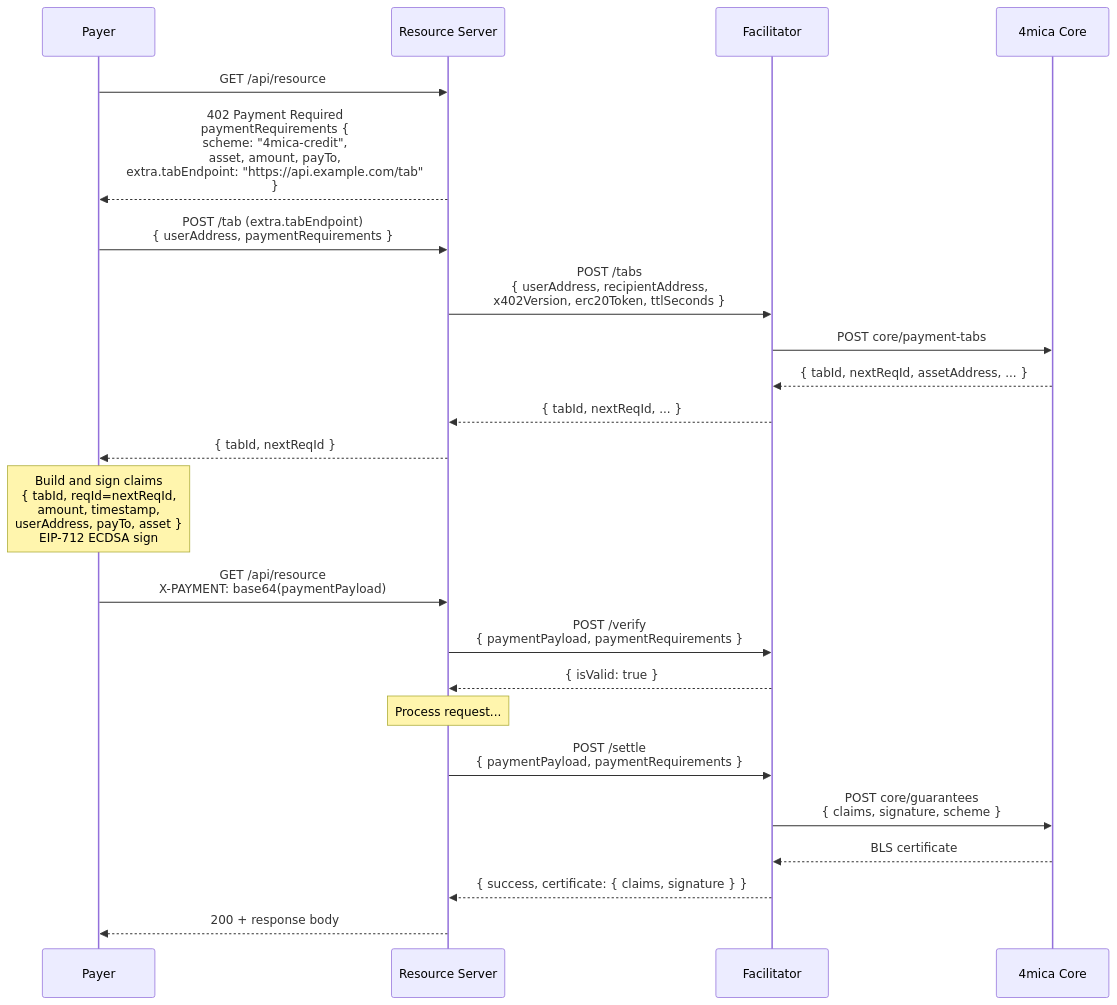
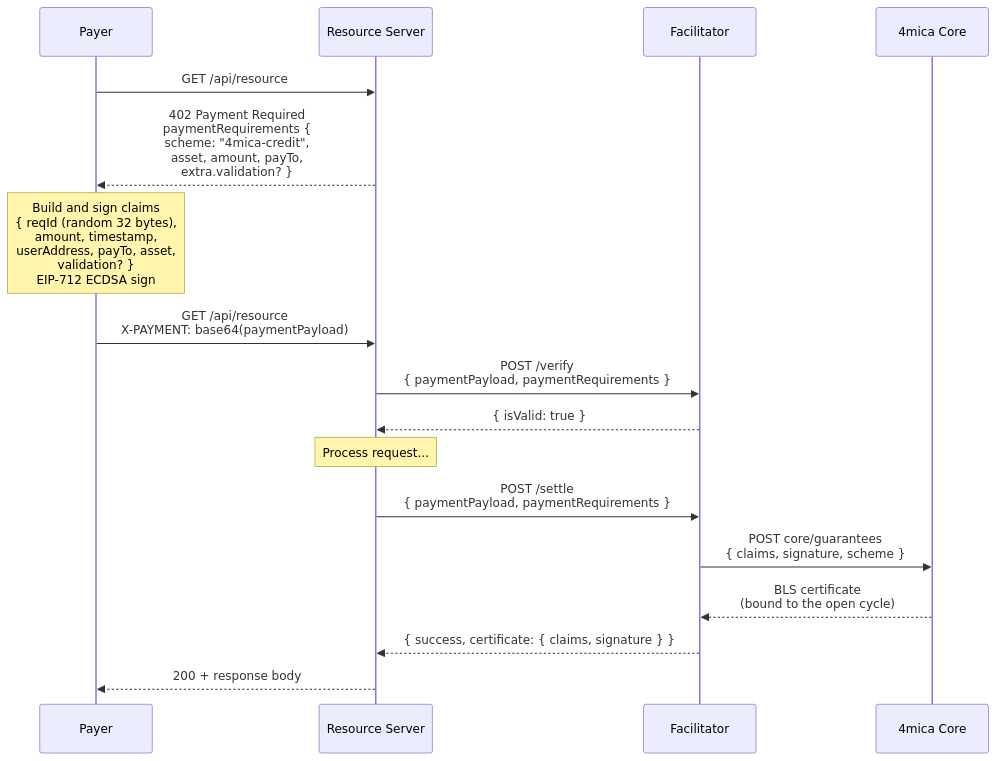
Before and after one commit to 4mica-Network/4mica: the first of 2 diagrams in apps/facilitator/README.md, drawn with Mermaid. The commit also changed other lines of this file and 19 other files, not shown here.

Commit message:
feat(x402-ts): update @4mica/x402 to SDK 2.0 and the tab-free protocol

````diff
--- a/apps/facilitator/README.md
+++ b/apps/facilitator/README.md
@@ -537,31 +548,24 @@
 ```mermaid
 sequenceDiagram
     participant P as Payer
     participant R as Resource Server
     participant F as Facilitator
     participant C as 4mica Core
 
     P->>R: GET /api/resource
-    R-->>P: 402 Payment Required<br/>paymentRequirements {<br/>  scheme: "4mica-credit",<br/>  asset, amount, payTo,<br/>  extra.tabEndpoint: "https://api.example.com/tab"<br/>}
+    R-->>P: 402 Payment Required<br/>paymentRequirements {<br/>  scheme: "4mica-credit",<br/>  asset, amount, payTo,<br/>  extra.validation? }
 
-    P->>R: POST /tab (extra.tabEndpoint)<br/>{ userAddress, paymentRequirements }
-    R->>F: POST /tabs<br/>{ userAddress, recipientAddress,<br/>  x402Version, erc20Token, ttlSeconds }
-    F->>C: POST core/payment-tabs
-    C-->>F: { tabId, nextReqId, assetAddress, ... }
-    F-->>R: { tabId, nextReqId, ... }
-    R-->>P: { tabId, nextReqId }
-
-    Note over P: Build and sign claims<br/>{ tabId, reqId=nextReqId,<br/>  amount, timestamp,<br/>  userAddress, payTo, asset }<br/>EIP-712 ECDSA sign
+    Note over P: Build and sign claims<br/>{ reqId (random 32 bytes),<br/>  amount, timestamp,<br/>  userAddress, payTo, asset,<br/>  validation? }<br/>EIP-712 ECDSA sign
 
     P->>R: GET /api/resource<br/>X-PAYMENT: base64(paymentPayload)
     R->>F: POST /verify<br/>{ paymentPayload, paymentRequirements }
     F-->>R: { isValid: true }
 
     Note over R: Process request...
 
     R->>F: POST /settle<br/>{ paymentPayload, paymentRequirements }
     F->>C: POST core/guarantees<br/>{ claims, signature, scheme }
-    C-->>F: BLS certificate
+    C-->>F: BLS certificate<br/>(bound to the open cycle)
     F-->>R: { success, certificate: { claims, signature } }
     R-->>P: 200 + response body
 ```
````
